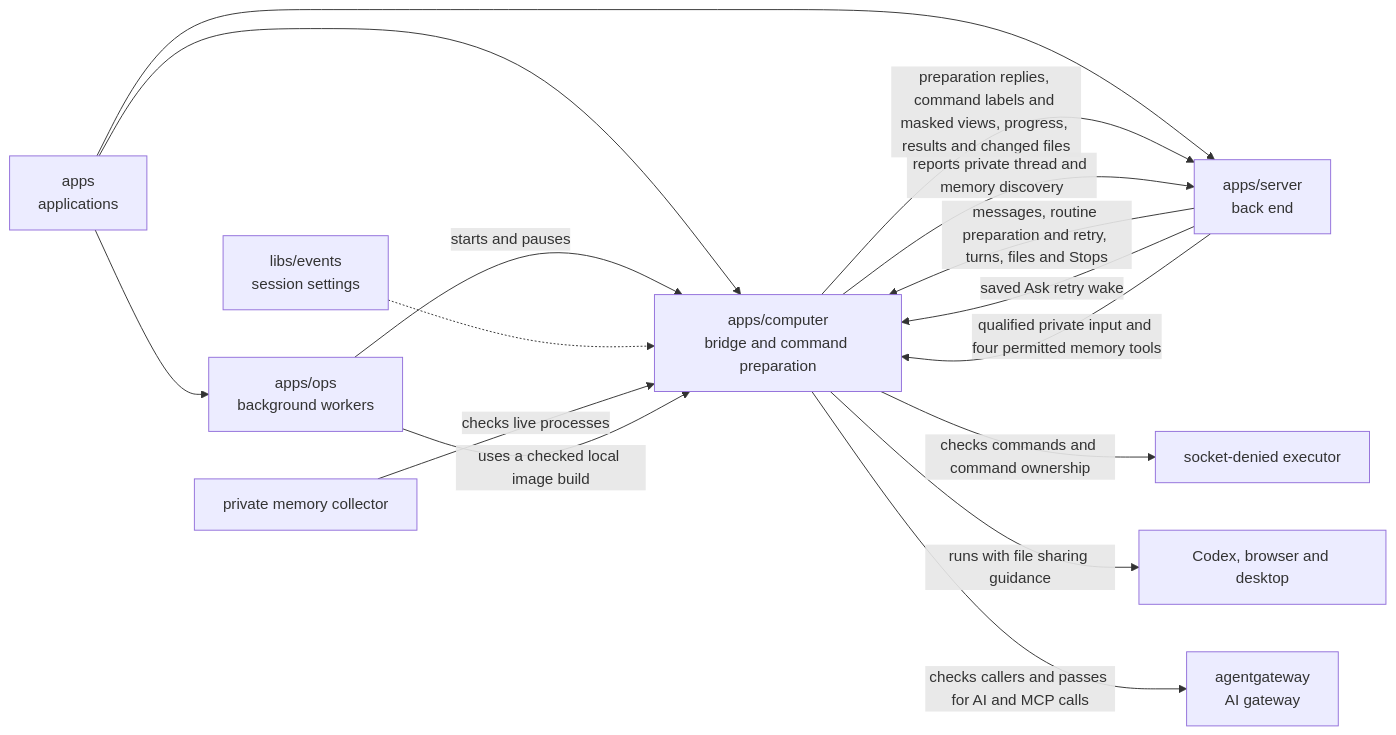
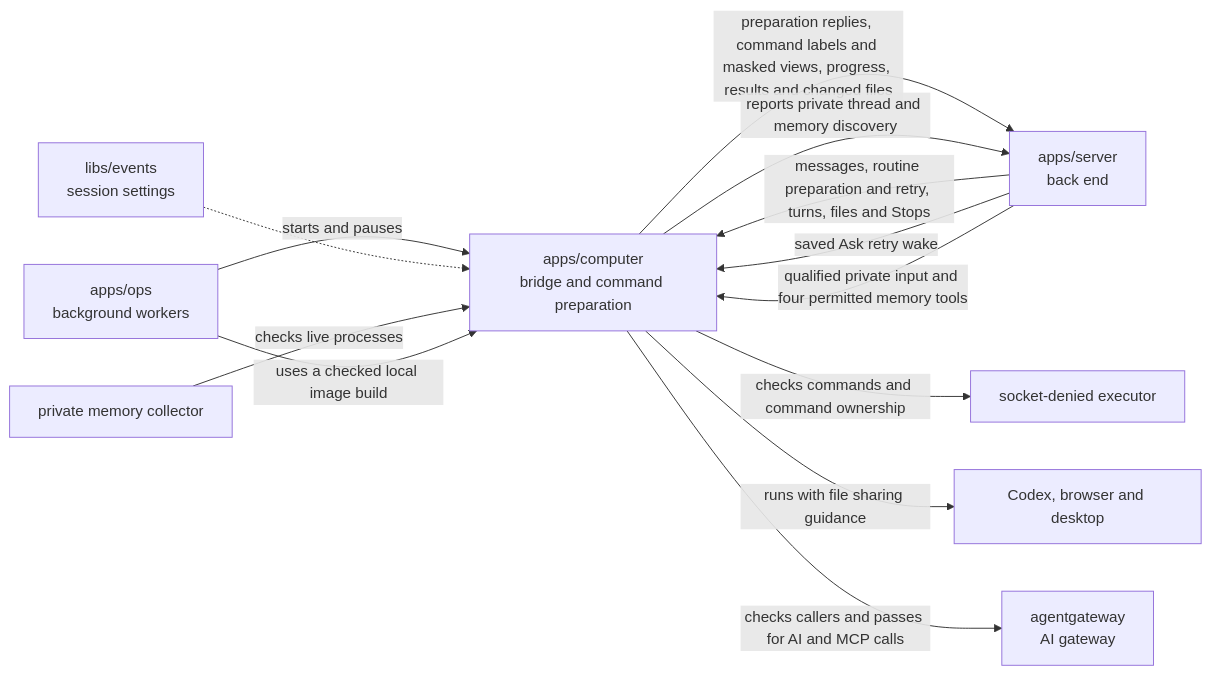
The diagram in apps/computer/README.md (elewa-git/opencrane-new), drawn with Mermaid before and after one commit.

Commit message:
📖 Keep the computer settings diagram within eight boxes

````diff
--- a/apps/computer/README.md
+++ b/apps/computer/README.md
@@ -16,18 +16,16 @@
 ```mermaid
 flowchart LR
-  apps["apps<br/>applications"] --> computer["apps/computer<br/>bridge and command preparation"]
-  apps --> ops["apps/ops<br/>background workers"]
-  apps --> server["apps/server<br/>back end"]
-  ops -->|starts and pauses| computer
-  server -->|messages, routine preparation and retry, turns, files and Stops| computer
+  computer["apps/computer<br/>bridge and command preparation"]
+  ops["apps/ops<br/>background workers"] -->|starts and pauses| computer
+  server["apps/server<br/>back end"] -->|messages, routine preparation and retry, turns, files and Stops| computer
   server -->|saved Ask retry wake| computer
   computer -->|preparation replies, command labels and masked views, progress, results and changed files| server
   settings["libs/events<br/>session settings"] -.-> computer
   server -->|qualified private input and four permitted memory tools| computer
   computer -->|reports private thread and memory discovery| server
   computer -->|checks commands and command ownership| executor["socket-denied executor"]
   computer -->|runs with file sharing guidance| desktop["Codex, browser and desktop"]
   computer -->|checks callers and passes for AI and MCP calls| gateway["agentgateway<br/>AI gateway"]
   collector["private memory collector"] -->|checks live processes| computer
   ops -->|uses a checked local image build| computer
 ```
````
